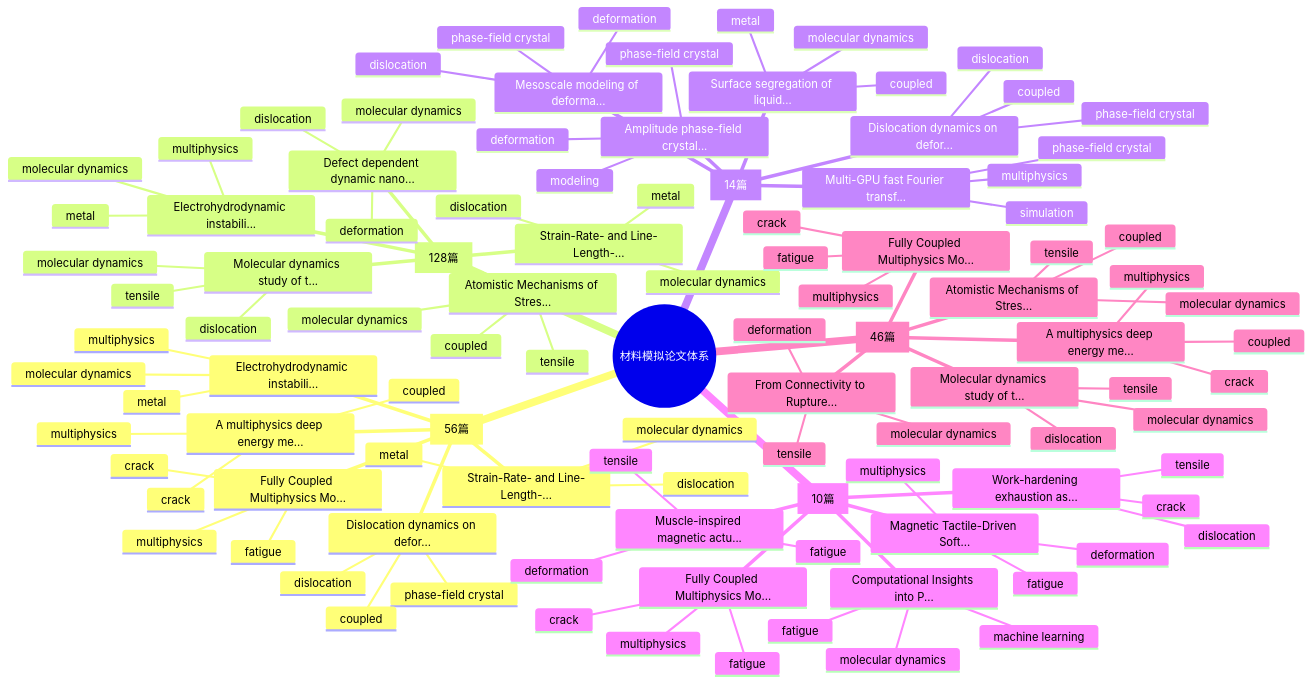
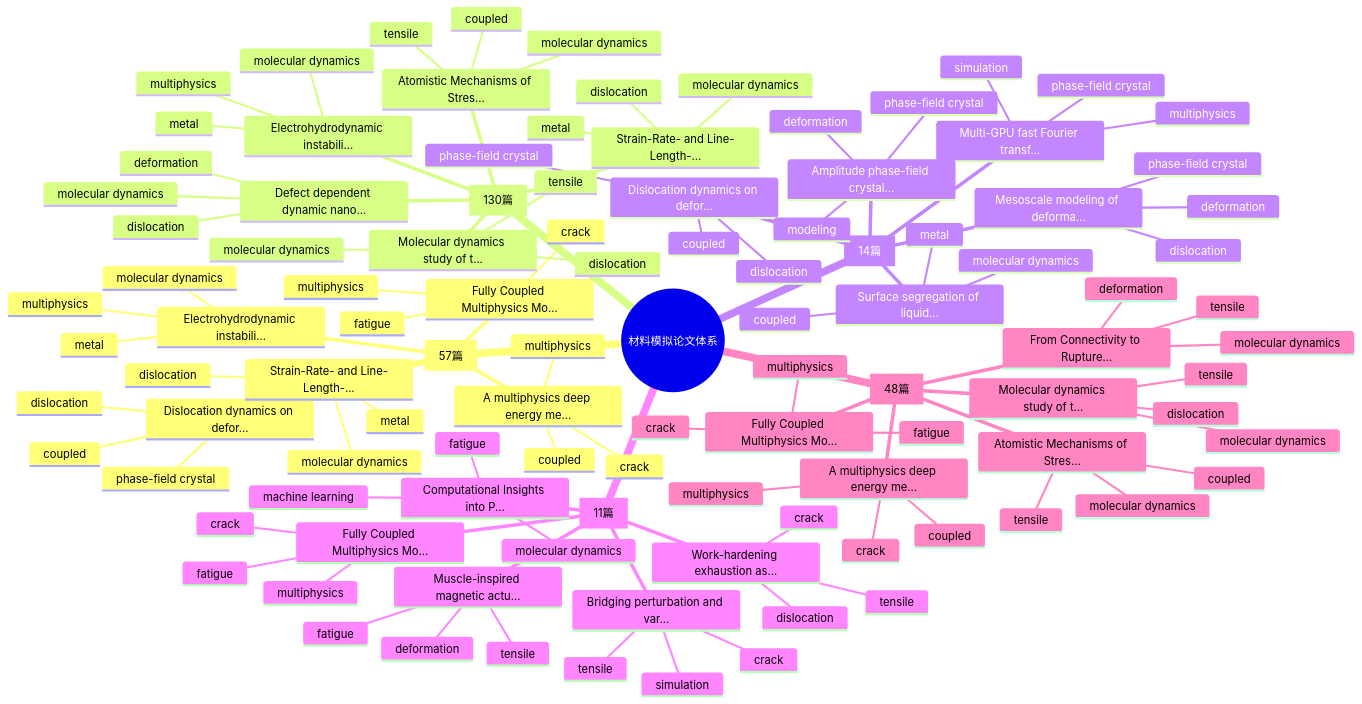
One commit to Shirakawa11111/BJK_readpaper changed the first of 2 diagrams in README.md. Above: the diagram before and after it, drawn with Mermaid. The commit also changed other lines of this file and 11 other files, not shown here.

````diff
--- a/README.md
+++ b/README.md
@@ -94,7 +94,7 @@
 ```mermaid
 mindmap
   root((材料模拟论文体系))
-    Multiphysics Coupling [56篇]
+    Multiphysics Coupling [57篇]
       Fully Coupled Multiphysics Mo...
         fatigue
         multiphysics
@@ -115,7 +115,7 @@
         molecular dynamics
         dislocation
         metal
-    Molecular Dynamics [128篇]
+    Molecular Dynamics [130篇]
       Molecular dynamics study of t...
         molecular dynamics
         dislocation
@@ -157,7 +157,7 @@
         phase-field crystal
         dislocation
         deformation
-    Metal Fatigue Simulation [10篇]
+    Metal Fatigue Simulation [11篇]
       Fully Coupled Multiphysics Mo...
         fatigue
         multiphysics
@@ -174,11 +174,11 @@
         fatigue
         tensile
         deformation
-      Magnetic Tactile-Driven Soft...
-        multiphysics
-        fatigue
-        deformation
-    Tensile / Deformation Simulation [46篇]
+      Bridging perturbation and var...
+        crack
+        tensile
+        simulation
+    Tensile / Deformation Simulation [48篇]
       Fully Coupled Multiphysics Mo...
         fatigue
         multiphysics
````
